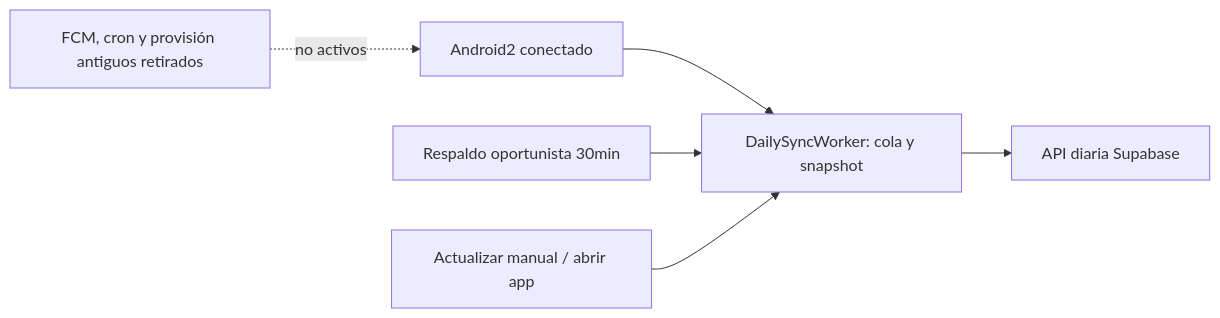
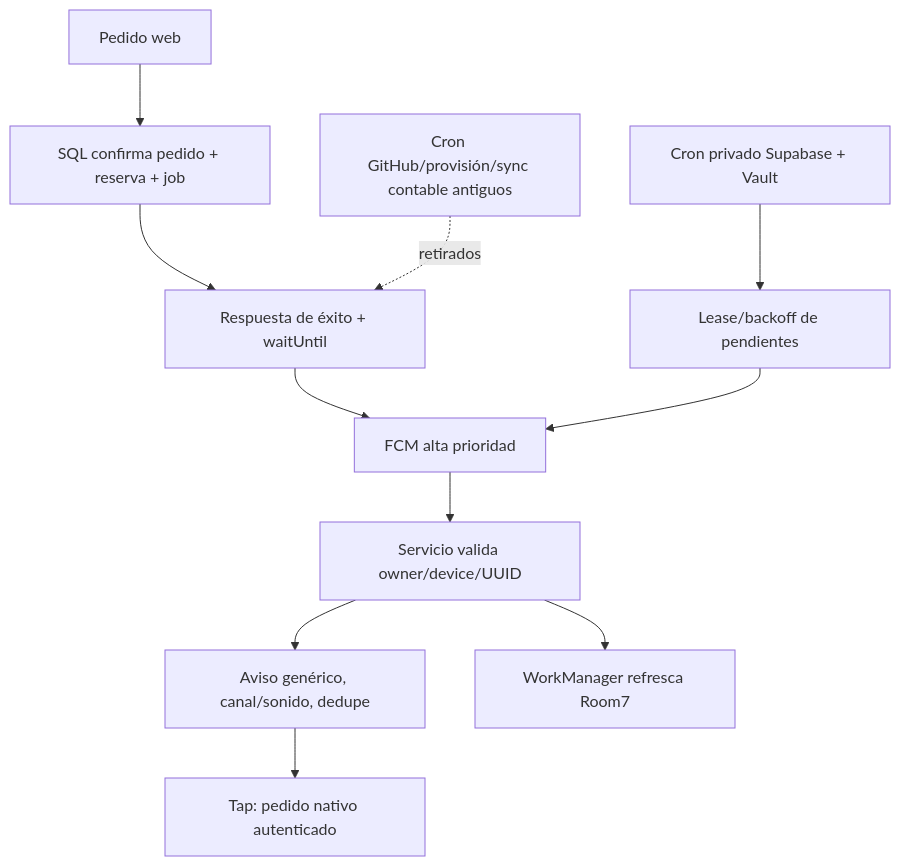
One commit to NotKingbryanPY/donas-racha changed the diagram in docs/knowledge/diagrams/04-notifications.mmd. Above: the diagram before and after it, drawn with Mermaid. The commit also changed 70 other files, not shown here.

```diff
--- a/docs/knowledge/diagrams/04-notifications.mmd
+++ b/docs/knowledge/diagrams/04-notifications.mmd
@@ -1,6 +1,8 @@
-flowchart LR
-  app["Android2 conectado"] --> worker["DailySyncWorker: cola y snapshot"]
-  backup["Respaldo oportunista 30min"] --> worker
-  worker --> api["API diaria Supabase"]
-  button["Actualizar manual / abrir app"] --> worker
-  retired["FCM, cron y provisión antiguos retirados"] -. no activos .-> app
+flowchart TD
+  web["Pedido web"] --> tx["SQL confirma pedido + reserva + job"]
+  tx --> api["Respuesta de éxito + waitUntil"] --> send["FCM alta prioridad"]
+  cron["Cron privado Supabase + Vault"] --> lease["Lease/backoff de pendientes"] --> send
+  send --> service["Servicio valida owner/device/UUID"]
+  service --> alert["Aviso genérico, canal/sonido, dedupe"] --> tap["Tap: pedido nativo autenticado"]
+  service --> work["WorkManager refresca Room7"]
+  old["Cron GitHub/provisión/sync contable antiguos"] -. retirados .-> api
```
